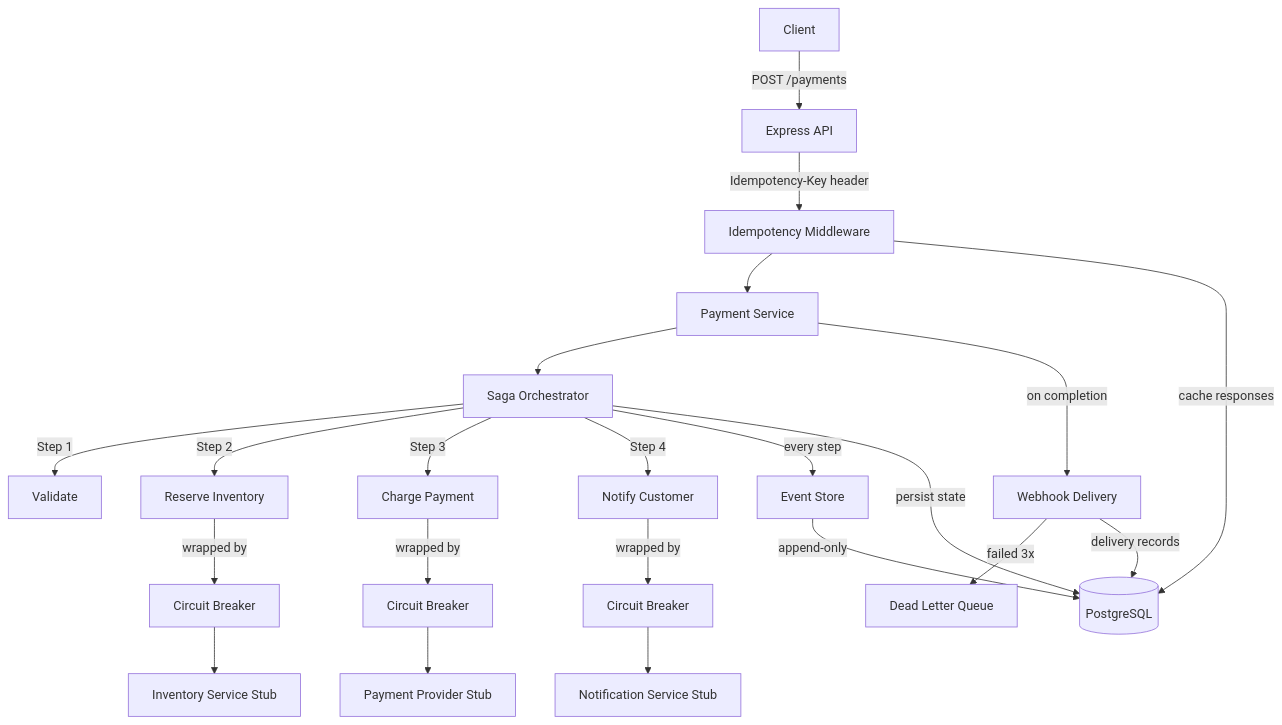
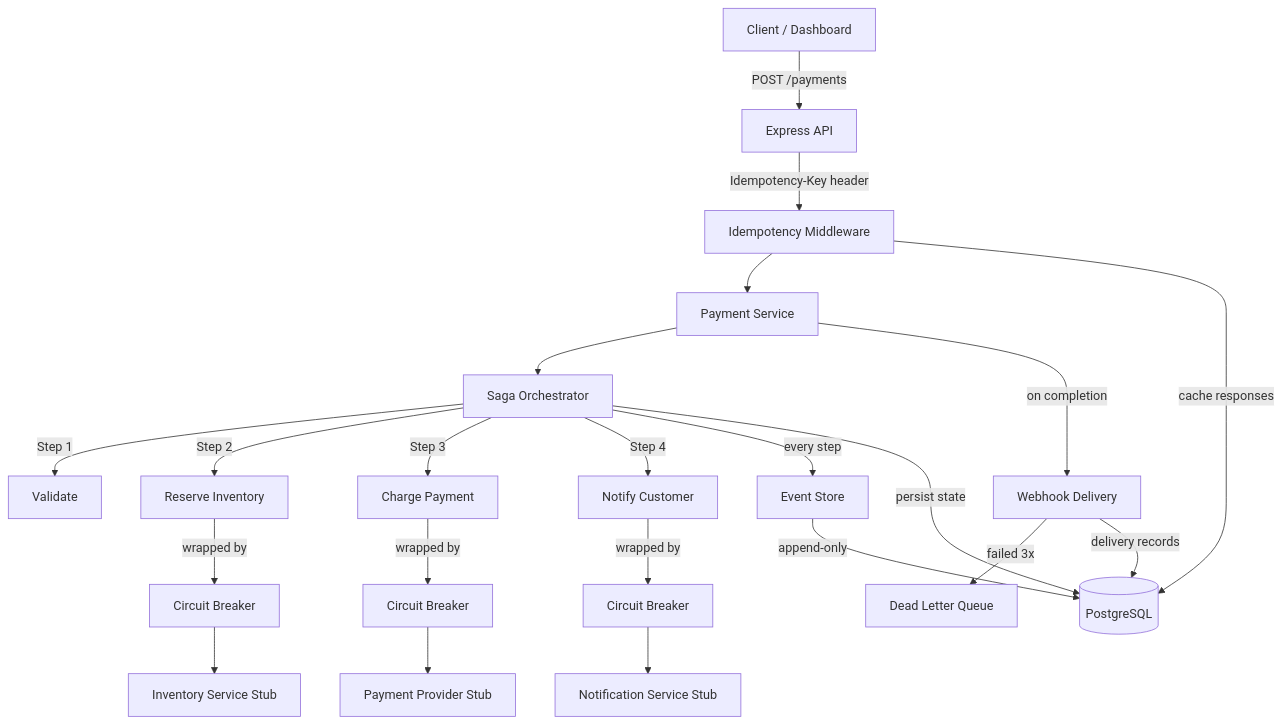
The diagram in README.md (JamilAfouri99/payment-orchestrator), drawn with Mermaid before and after one commit. The commit also changed other lines of this file and 23 other files, not shown here.

````diff
--- a/README.md
+++ b/README.md
@@ -62,24 +81,24 @@
 ```mermaid
 graph TD
-    Client[Client] -->|POST /payments| API[Express API]
+    Client[Client / Dashboard] -->|POST /payments| API[Express API]
     API -->|Idempotency-Key header| IM[Idempotency Middleware]
     IM --> PS[Payment Service]
     PS --> SO[Saga Orchestrator]
     SO -->|Step 1| V[Validate]
     SO -->|Step 2| RI[Reserve Inventory]
     SO -->|Step 3| CP[Charge Payment]
     SO -->|Step 4| N[Notify Customer]
     RI -->|wrapped by| CB1[Circuit Breaker]
     CP -->|wrapped by| CB2[Circuit Breaker]
     N -->|wrapped by| CB3[Circuit Breaker]
     CB1 --> IS[Inventory Service Stub]
     CB2 --> PP[Payment Provider Stub]
     CB3 --> NS[Notification Service Stub]
     SO -->|every step| ES[Event Store]
     PS -->|on completion| WH[Webhook Delivery]
     WH -->|failed 3x| DLQ[Dead Letter Queue]
     ES -->|append-only| DB[(PostgreSQL)]
     SO -->|persist state| DB
     IM -->|cache responses| DB
     WH -->|delivery records| DB
 ```
````
